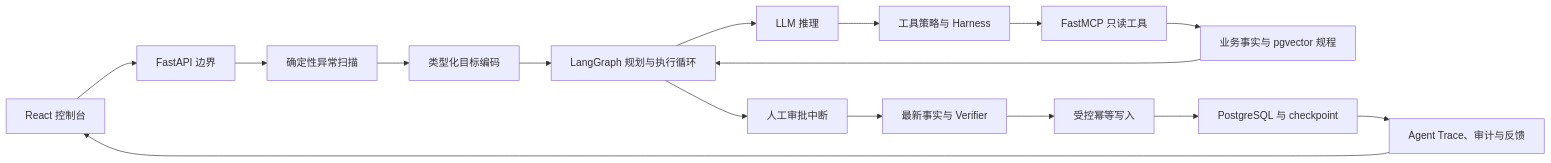
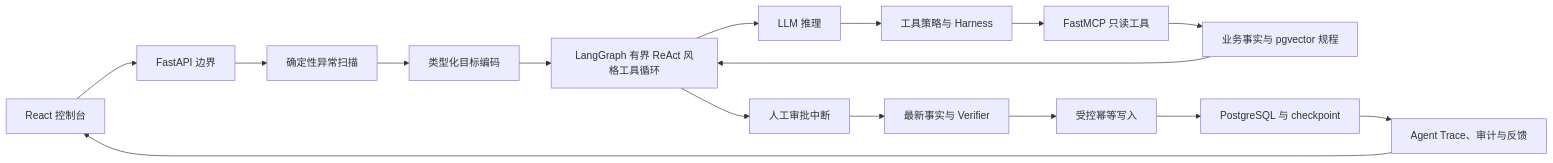
Before and after one commit to KXHXK/opercerta: the diagram in README.zh-CN.md, drawn with Mermaid. The commit also changed other lines of this file and 23 other files, not shown here.

````diff
--- a/README.zh-CN.md
+++ b/README.zh-CN.md
@@ -66,18 +66,18 @@
 ```mermaid
 flowchart LR
     UI["React 控制台"] --> API["FastAPI 边界"]
     API --> SIGNAL["确定性异常扫描"]
     SIGNAL --> GOAL["类型化目标编码"]
-    GOAL --> GRAPH["LangGraph 规划与执行循环"]
+    GOAL --> GRAPH["LangGraph 有界 ReAct 风格工具循环"]
     GRAPH --> LLM["LLM 推理"]
     LLM --> POLICY["工具策略与 Harness"]
     POLICY --> MCP["FastMCP 只读工具"]
     MCP --> FACTS["业务事实与 pgvector 规程"]
     FACTS --> GRAPH
     GRAPH --> HITL["人工审批中断"]
     HITL --> FRESH["最新事实与 Verifier"]
     FRESH --> WRITE["受控幂等写入"]
     WRITE --> DB["PostgreSQL 与 checkpoint"]
     DB --> TRACE["Agent Trace、审计与反馈"]
     TRACE --> UI
 ```
````
